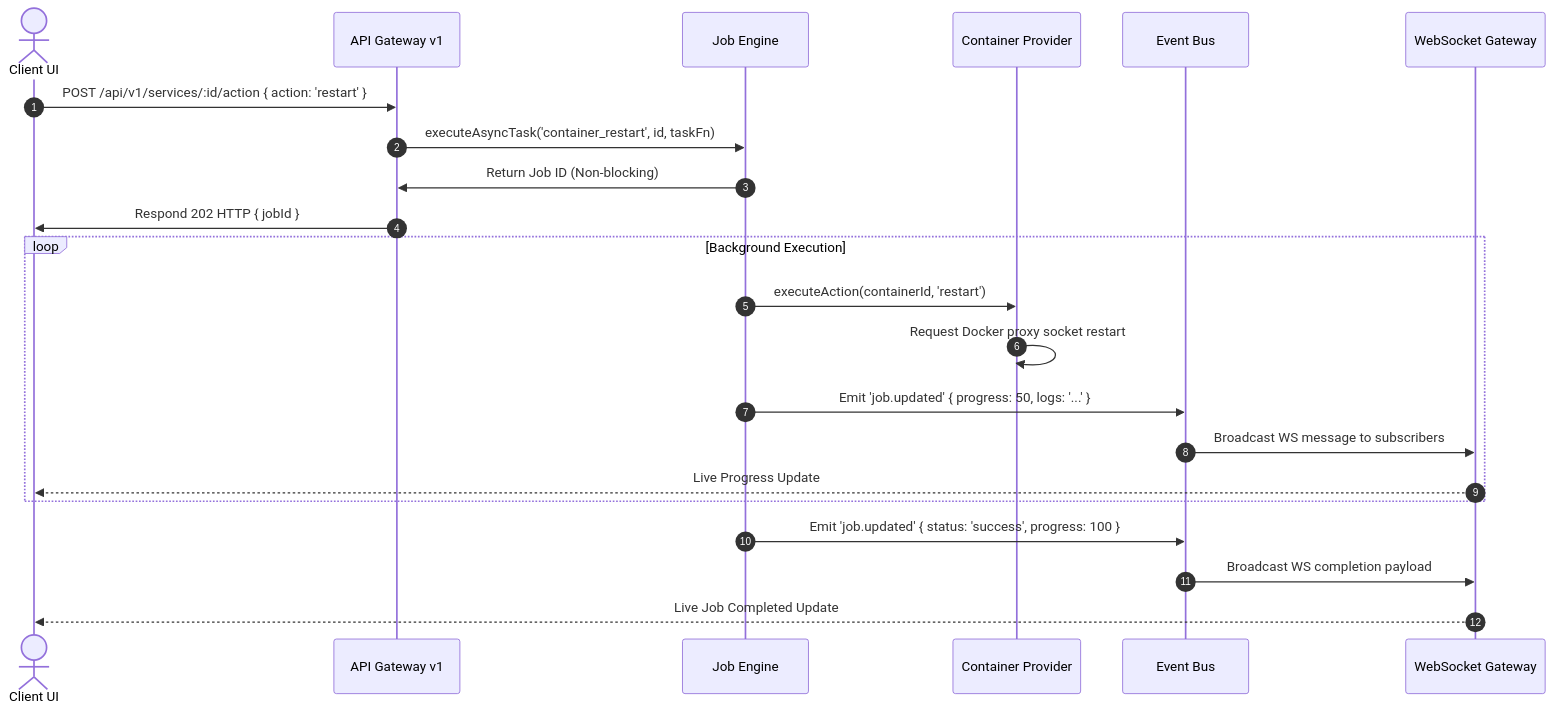
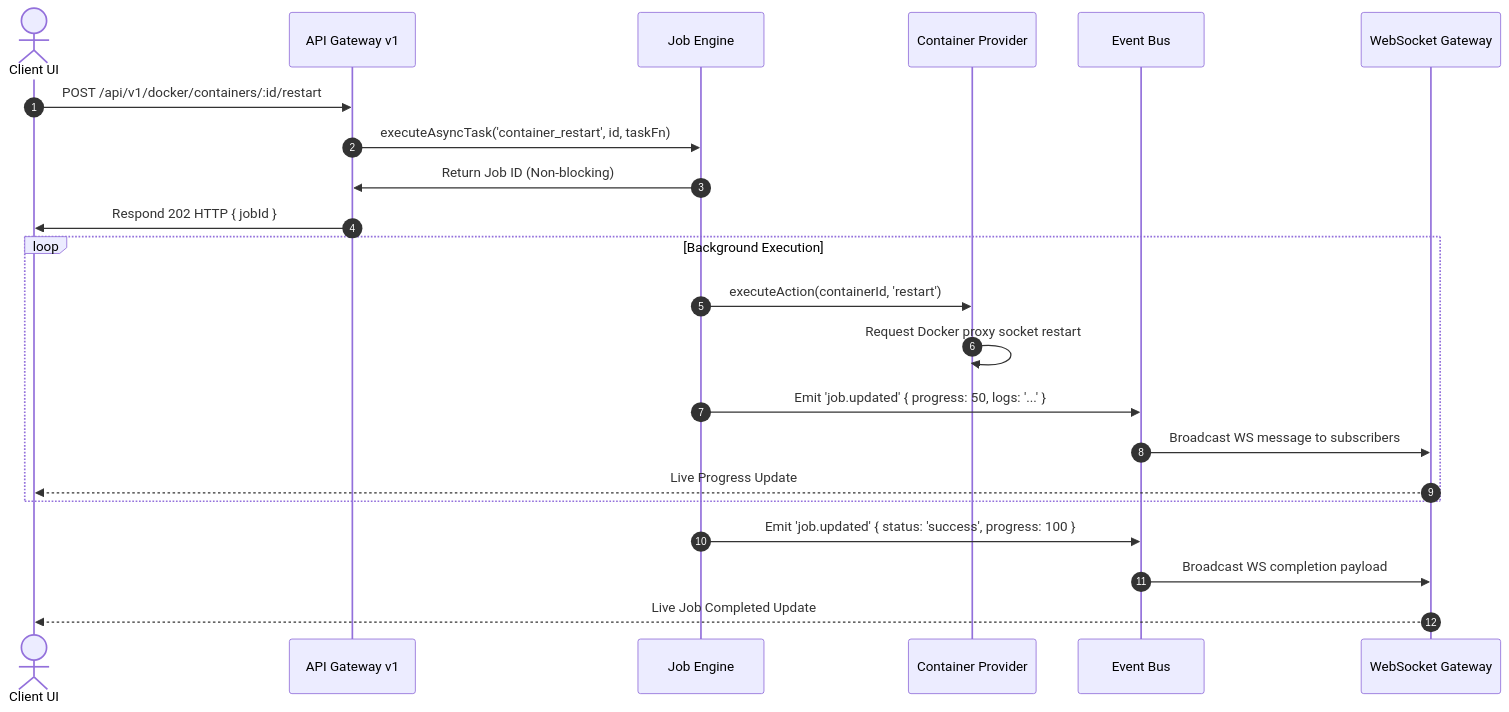
One commit to Sarvadnya-Patil/HomeLab changed the second of 2 diagrams in docs/ARCHITECTURE.md. Above: the diagram before and after it, drawn with Mermaid. The commit also changed other lines of this file and 113 other files, not shown here.

````diff
--- a/docs/ARCHITECTURE.md
+++ b/docs/ARCHITECTURE.md
@@ -89,27 +128,27 @@
 ```mermaid
 sequenceDiagram
     autonumber
     actor User as Client UI
     participant Gateway as API Gateway v1
     participant Jobs as Job Engine
     participant Docker as Container Provider
     participant EB as Event Bus
     participant WS as WebSocket Gateway
 
-    User->>Gateway: POST /api/v1/services/:id/action { action: 'restart' }
+    User->>Gateway: POST /api/v1/docker/containers/:id/restart
     Gateway->>Jobs: executeAsyncTask('container_restart', id, taskFn)
     Jobs->>Gateway: Return Job ID (Non-blocking)
     Gateway->>User: Respond 202 HTTP { jobId }
     
     loop Background Execution
         Jobs->>Docker: executeAction(containerId, 'restart')
         Docker->>Docker: Request Docker proxy socket restart
         Jobs->>EB: Emit 'job.updated' { progress: 50, logs: '...' }
         EB->>WS: Broadcast WS message to subscribers
         WS-->>User: Live Progress Update
     end
     
     Jobs->>EB: Emit 'job.updated' { status: 'success', progress: 100 }
     EB->>WS: Broadcast WS completion payload
     WS-->>User: Live Job Completed Update
 ```
````
